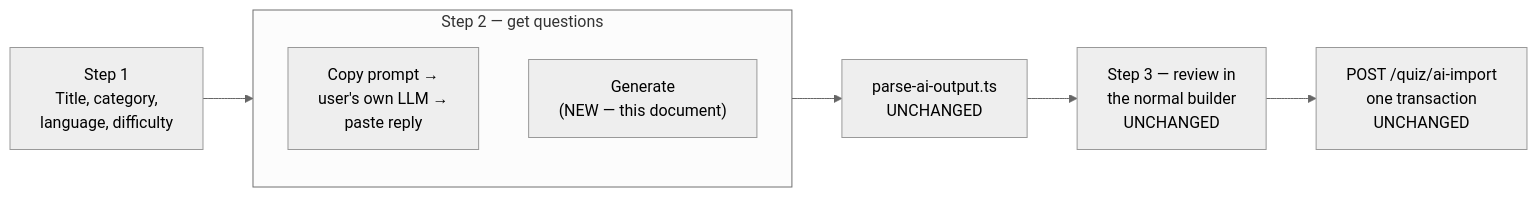
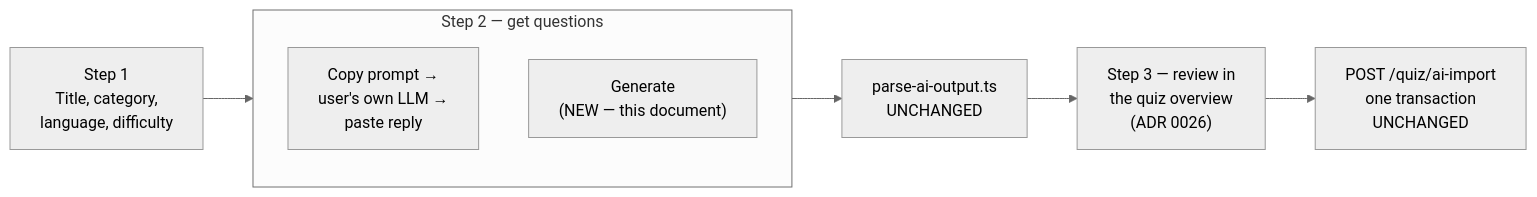
Before and after one commit to KastriotAvdiaj/OxygenQuiz: the first of 4 diagrams in docs/quiz/ai-quiz-generation-flow.md, drawn with Mermaid (neutral theme). The commit also changed other lines of this file and 75 other files, not shown here.

First line of the commit message:
Quiz overview: review AI quizzes as a list, masonry on wide screens

````diff
--- a/docs/quiz/ai-quiz-generation-flow.md
+++ b/docs/quiz/ai-quiz-generation-flow.md
@@ -24,14 +25,14 @@
 ```mermaid
 flowchart LR
     S1["Step 1\nTitle, category,\nlanguage, difficulty"] --> S2
 
     subgraph S2["Step 2 — get questions"]
         direction TB
         A["Copy prompt →\nuser's own LLM →\npaste reply"]
         B["Generate\n(NEW — this document)"]
     end
 
     S2 --> P["parse-ai-output.ts\nUNCHANGED"]
-    P --> R["Step 3 — review in\nthe normal builder\nUNCHANGED"]
+    P --> R["Step 3 — review in\nthe quiz overview\n(ADR 0026)"]
     R --> I["POST /quiz/ai-import\none transaction\nUNCHANGED"]
 ```
````
